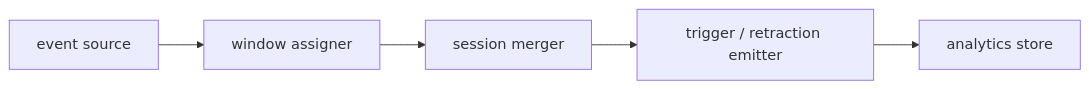
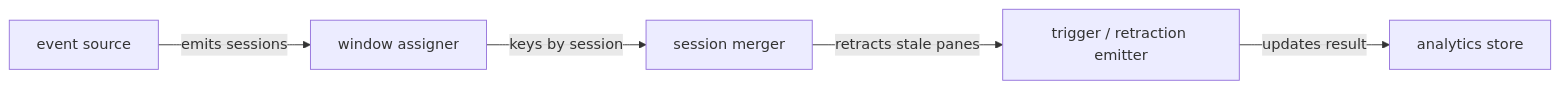
One commit to vinayakuber/streaming-systems-study-guide changed the eighth of 19 diagrams in docs/ch04-advanced-windowing.md. Above: the diagram before and after it, drawn with Mermaid. The commit also changed other lines of this file and 22 other files, not shown here.

First line of the commit message:
R18: label every diagram arrow with its meaning

````diff
--- a/docs/ch04-advanced-windowing.md
+++ b/docs/ch04-advanced-windowing.md
@@ -188,7 +188,7 @@
 ```mermaid
 flowchart LR
-  E["event source"] --> A["window assigner"]
-  A --> M["session merger"]
-  M --> T["trigger / retraction emitter"]
-  T --> S["analytics store"]
+  E["event source"] -->|"emits sessions"| A["window assigner"]
+  A -->|"keys by session"| M["session merger"]
+  M -->|"retracts stale panes"| T["trigger / retraction emitter"]
+  T -->|"updates result"| S["analytics store"]
 ```
````
